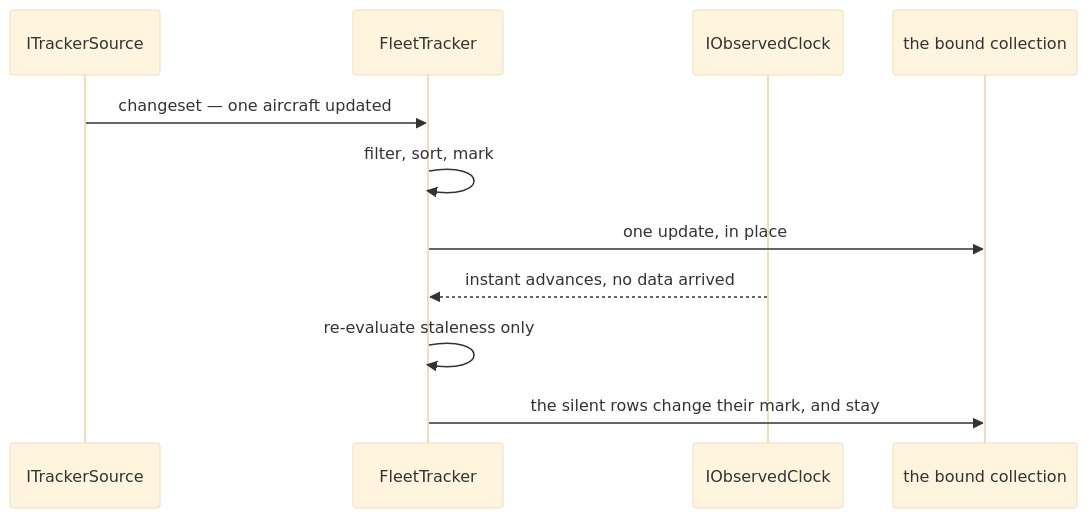
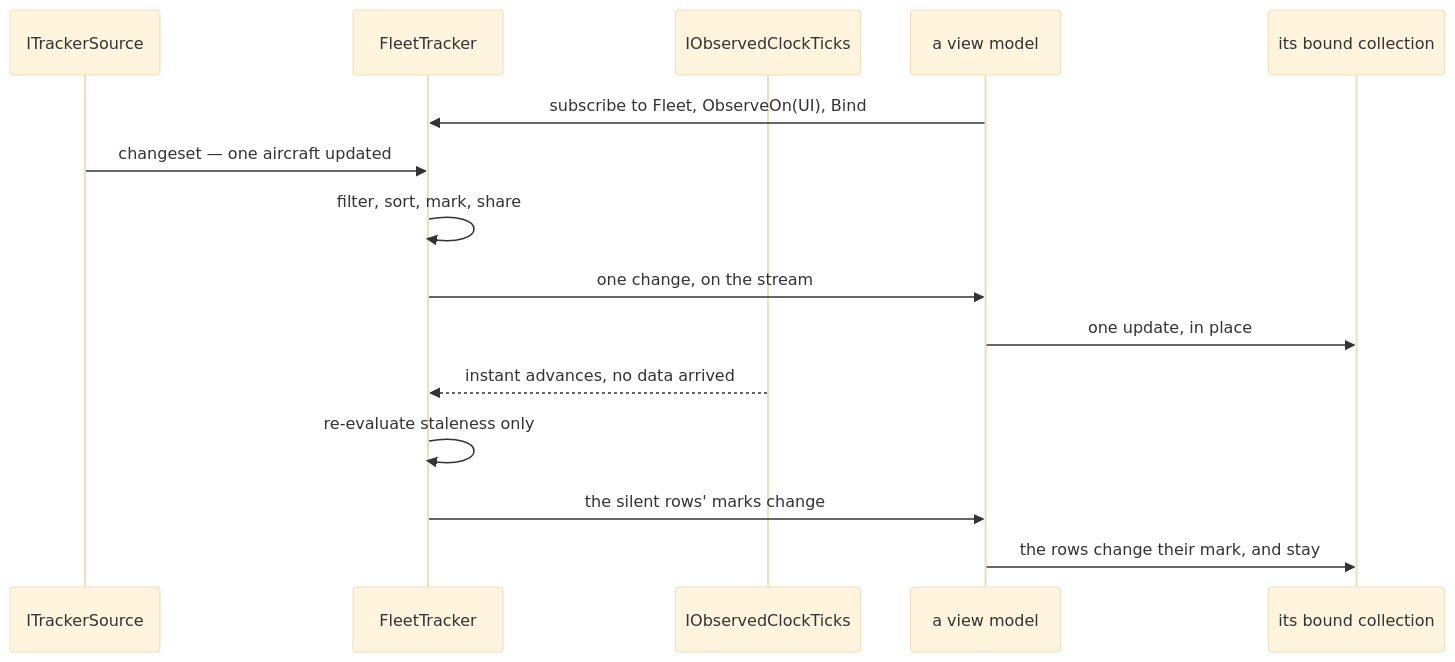
One commit to RLittlesII/Transporter changed the second of 2 diagrams in features/fleet-pipeline/.spec/README.md. Above: the diagram before and after it, drawn with Mermaid (base theme). The commit also changed other lines of this file and 16 other files, not shown here.

First line of the commit message:
docs: answer every fleet-pipeline open question, including the architecture review (#24)

````diff
--- a/features/fleet-pipeline/.spec/README.md
+++ b/features/fleet-pipeline/.spec/README.md
@@ -219,13 +336,17 @@
 ```mermaid
 sequenceDiagram
     participant Source as ITrackerSource
     participant Tracker as FleetTracker
-    participant Clock as IObservedClock
-    participant View as the bound collection
+    participant Ticks as IObservedClockTicks
+    participant Consumer as a view model
+    participant View as its bound collection
+    Consumer->>Tracker: subscribe to Fleet, ObserveOn(UI), Bind
     Source->>Tracker: changeset — one aircraft updated
-    Tracker->>Tracker: filter, sort, mark
-    Tracker->>View: one update, in place
-    Clock-->>Tracker: instant advances, no data arrived
+    Tracker->>Tracker: filter, sort, mark, share
+    Tracker->>Consumer: one change, on the stream
+    Consumer->>View: one update, in place
+    Ticks-->>Tracker: instant advances, no data arrived
     Tracker->>Tracker: re-evaluate staleness only
-    Tracker->>View: the silent rows change their mark, and stay
+    Tracker->>Consumer: the silent rows' marks change
+    Consumer->>View: the rows change their mark, and stay
 ```
````
